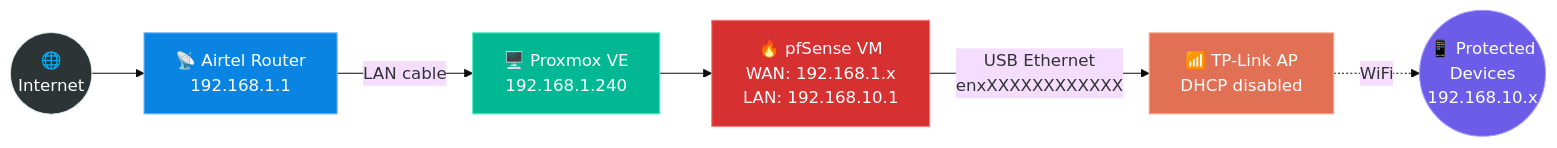
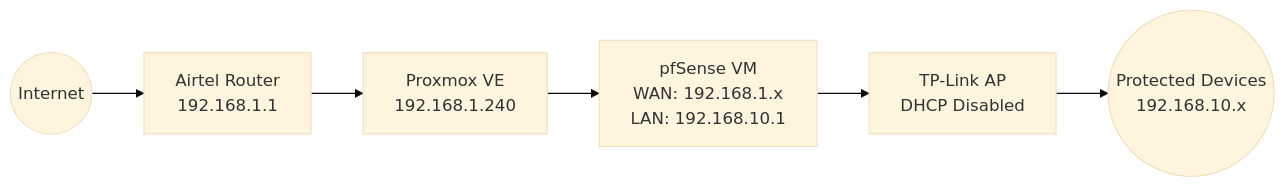
One commit to ull0sm/pfsense-config-notes changed the diagram in README.md. Above: the diagram before and after it, drawn with Mermaid (base theme). The commit also changed other lines of this file, not shown here.

Commit message:
mermaid code changed
syntax errors

````diff
--- a/README.md
+++ b/README.md
@@ -19,15 +19,15 @@
 ```mermaid
 flowchart LR
-    A(("🌐\nInternet")) --> B["📡 Airtel Router\n192.168.1.1"]
-    B -->|"LAN cable"| C["🖥️ Proxmox VE\n192.168.1.240"]
-    C --> D["🔥 pfSense VM\nWAN: 192.168.1.x\nLAN: 192.168.10.1"]
-    D -->|"USB Ethernet\nenxXXXXXXXXXXXX"| E["📶 TP-Link AP\nDHCP disabled"]
-    E -.->|"WiFi"| F(("📱 Protected\nDevices\n192.168.10.x"))
+    Internet((Internet))
+    Router[Airtel Router<br/>192.168.1.1]
+    Proxmox[Proxmox VE<br/>192.168.1.240]
+    PFSense[pfSense VM<br/>WAN: 192.168.1.x<br/>LAN: 192.168.10.1]
+    AP[TP-Link AP<br/>DHCP Disabled]
+    Devices((Protected Devices<br/>192.168.10.x))
 
-    style A fill:#2d3436,stroke:#dfe6e9,color:#fff
-    style B fill:#0984e3,stroke:#74b9ff,color:#fff
-    style C fill:#00b894,stroke:#55efc4,color:#fff
-    style D fill:#d63031,stroke:#ff7675,color:#fff
-    style E fill:#e17055,stroke:#fab1a0,color:#fff
-    style F fill:#6c5ce7,stroke:#a29bfe,color:#fff
+    Internet --> Router
+    Router --> Proxmox
+    Proxmox --> PFSense
+    PFSense --> AP
+    AP --> Devices
 ```
````
